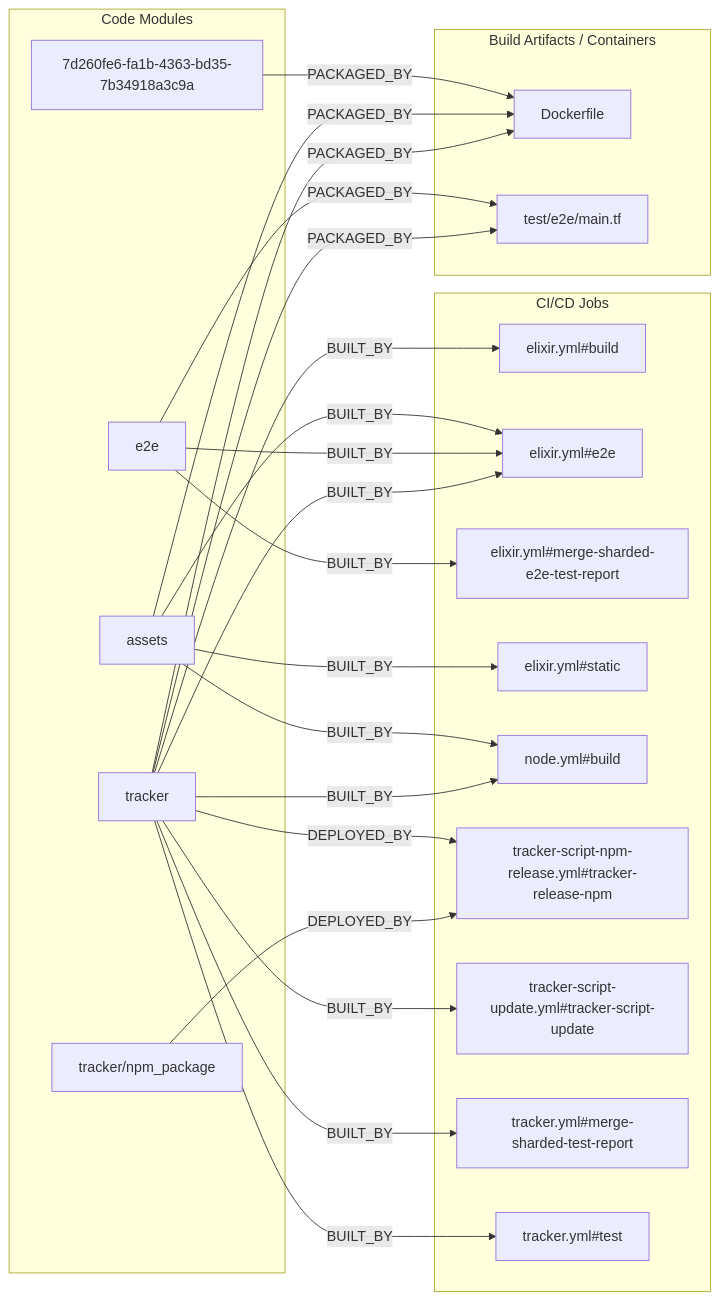
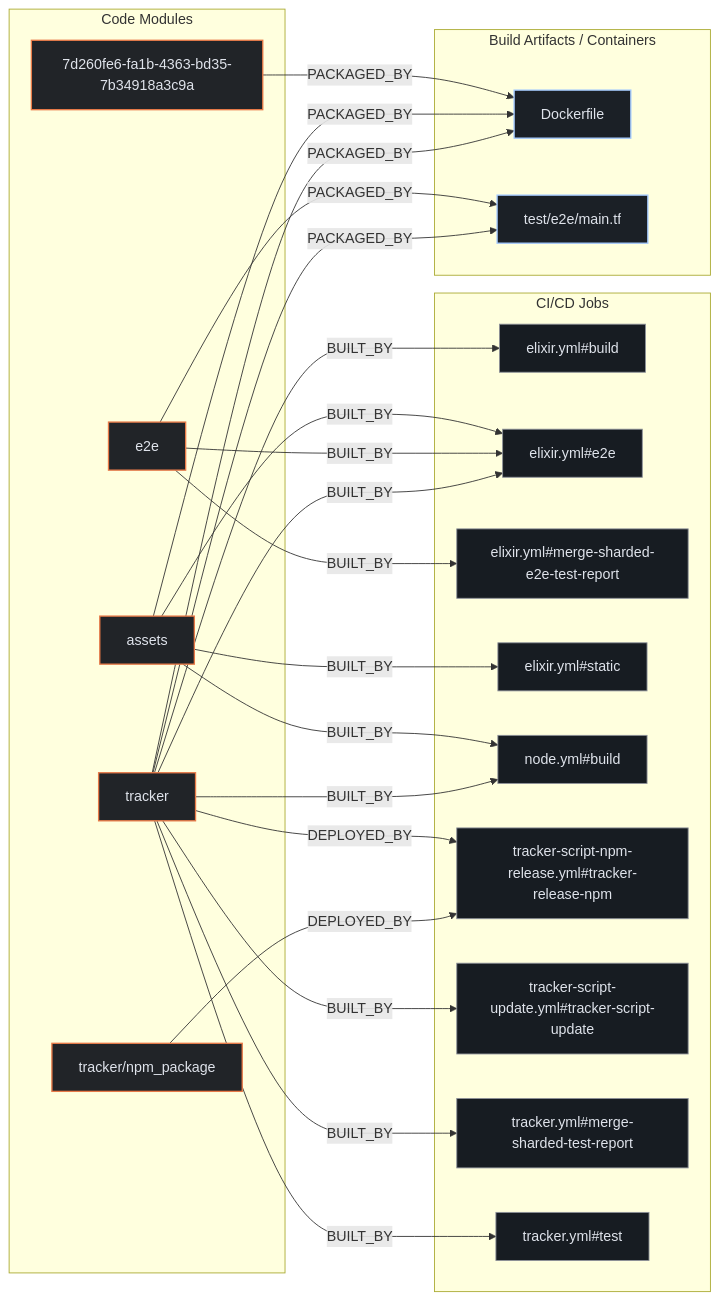
The second of 3 diagrams in exports/latest/reports/plausible-analytics-report.md (kumarshaz/atruss-code-atlas), drawn with Mermaid before and after one commit. The commit also changed other lines of this file and 331 other files, not shown here.

Commit message:
docs,ui,fix: update SDLC docs, reorder CI/CD DAG first, stylize Mermaid, and fix Arc42 pipeline topology

````diff
--- a/exports/latest/reports/plausible-analytics-report.md
+++ b/exports/latest/reports/plausible-analytics-report.md
@@ -245,43 +252,47 @@
 ```mermaid
 flowchart LR
+    classDef atlasCategory fill:#212428,stroke:#E87A48,stroke-width:1.5px,color:#dfe3eb
+    classDef atlasWorkflow fill:#1b2026,stroke:#a3c9ff,stroke-width:1.5px,color:#dfe3eb
+    classDef atlasJob fill:#171c22,stroke:#8d9199,stroke-width:1px,color:#dfe3eb
+    classDef atlasTarget fill:#005227,stroke:#8bd99b,stroke-width:1.5px,color:#a7f6b6
     subgraph code_modules["Code Modules"]
-        mod_7d260fe6_fa1b_4363_bd35_7b34918a3c9a["7d260fe6-fa1b-4363-bd35-7b34918a3c9a"]
-        mod_assets["assets"]
-        mod_e2e["e2e"]
-        mod_tracker["tracker"]
-        mod_tracker_npm_package["tracker/npm_package"]
+        mod_7d260fe6_fa1b_4363_bd35_7b34918a3c9a["7d260fe6-fa1b-4363-bd35-7b34918a3c9a"]:::atlasCategory
+        mod_assets["assets"]:::atlasCategory
+        mod_e2e["e2e"]:::atlasCategory
+        mod_tracker["tracker"]:::atlasCategory
+        mod_tracker_npm_package["tracker/npm_package"]:::atlasCategory
     end
     subgraph build_artifacts["Build Artifacts / Containers"]
-        art_Dockerfile["Dockerfile"]
-        art_test_e2e_main_tf["test/e2e/main.tf"]
+        art_Dockerfile["Dockerfile"]:::atlasWorkflow
+        art_test_e2e_main_tf["test/e2e/main.tf"]:::atlasWorkflow
     end
     subgraph ci_jobs["CI/CD Jobs"]
-        job_elixir_yml_build["elixir.yml#build"]
-        job_elixir_yml_e2e["elixir.yml#e2e"]
-        job_elixir_yml_merge_sharded_e2e_test_report["elixir.yml#merge-sharded-e2e-test-report"]
-        job_elixir_yml_static["elixir.yml#static"]
-        job_node_yml_build["node.yml#build"]
-        job_tracker_script_npm_release_yml_tracker_release_npm["tracker-script-npm-release.yml#tracker-release-npm"]
-        job_tracker_script_update_yml_tracker_script_update["tracker-script-update.yml#tracker-script-update"]
-        job_tracker_yml_merge_sharded_test_report["tracker.yml#merge-sharded-test-report"]
-        job_tracker_yml_test["tracker.yml#test"]
+        job_elixir_yml_build["elixir.yml#build"]:::atlasJob
+        job_elixir_yml_e2e["elixir.yml#e2e"]:::atlasJob
+        job_elixir_yml_merge_sharded_e2e_test_report["elixir.yml#merge-sharded-e2e-test-report"]:::atlasJob
+        job_elixir_yml_static["elixir.yml#static"]:::atlasJob
+        job_node_yml_build["node.yml#build"]:::atlasJob
+        job_tracker_script_npm_release_yml_tracker_release_npm["tracker-script-npm-release.yml#tracker-release-npm"]:::atlasJob
+        job_tracker_script_update_yml_tracker_script_update["tracker-script-update.yml#tracker-script-update"]:::atlasJob
+        job_tracker_yml_merge_sharded_test_report["tracker.yml#merge-sharded-test-report"]:::atlasJob
+        job_tracker_yml_test["tracker.yml#test"]:::atlasJob
     end
     mod_7d260fe6_fa1b_4363_bd35_7b34918a3c9a -->|PACKAGED_BY| art_Dockerfile
     mod_assets -->|BUILT_BY| job_elixir_yml_e2e
     mod_assets -->|BUILT_BY| job_elixir_yml_static
     mod_assets -->|BUILT_BY| job_node_yml_build
     mod_assets -->|PACKAGED_BY| art_Dockerfile
     mod_e2e -->|BUILT_BY| job_elixir_yml_e2e
     mod_e2e -->|BUILT_BY| job_elixir_yml_merge_sharded_e2e_test_report
     mod_e2e -->|PACKAGED_BY| art_test_e2e_main_tf
     mod_tracker -->|BUILT_BY| job_elixir_yml_build
     mod_tracker -->|BUILT_BY| job_elixir_yml_e2e
     mod_tracker -->|BUILT_BY| job_node_yml_build
     mod_tracker -->|BUILT_BY| job_tracker_script_update_yml_tracker_script_update
     mod_tracker -->|BUILT_BY| job_tracker_yml_merge_sharded_test_report
     mod_tracker -->|BUILT_BY| job_tracker_yml_test
     mod_tracker -->|DEPLOYED_BY| job_tracker_script_npm_release_yml_tracker_release_npm
     mod_tracker -->|PACKAGED_BY| art_Dockerfile
     mod_tracker -->|PACKAGED_BY| art_test_e2e_main_tf
     mod_tracker_npm_package -->|DEPLOYED_BY| job_tracker_script_npm_release_yml_tracker_release_npm
 ```
````
